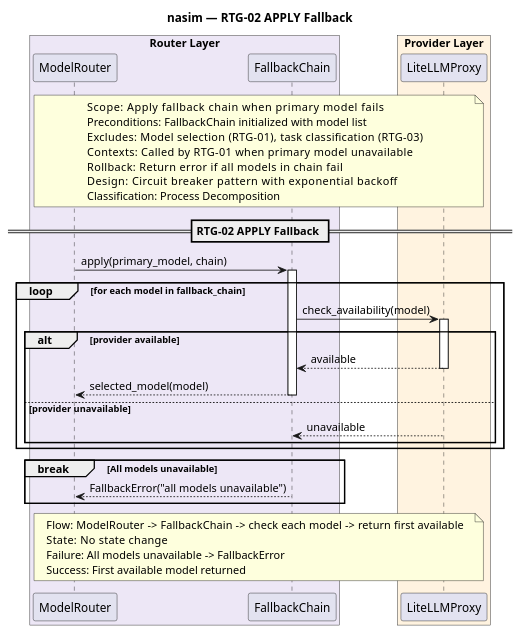
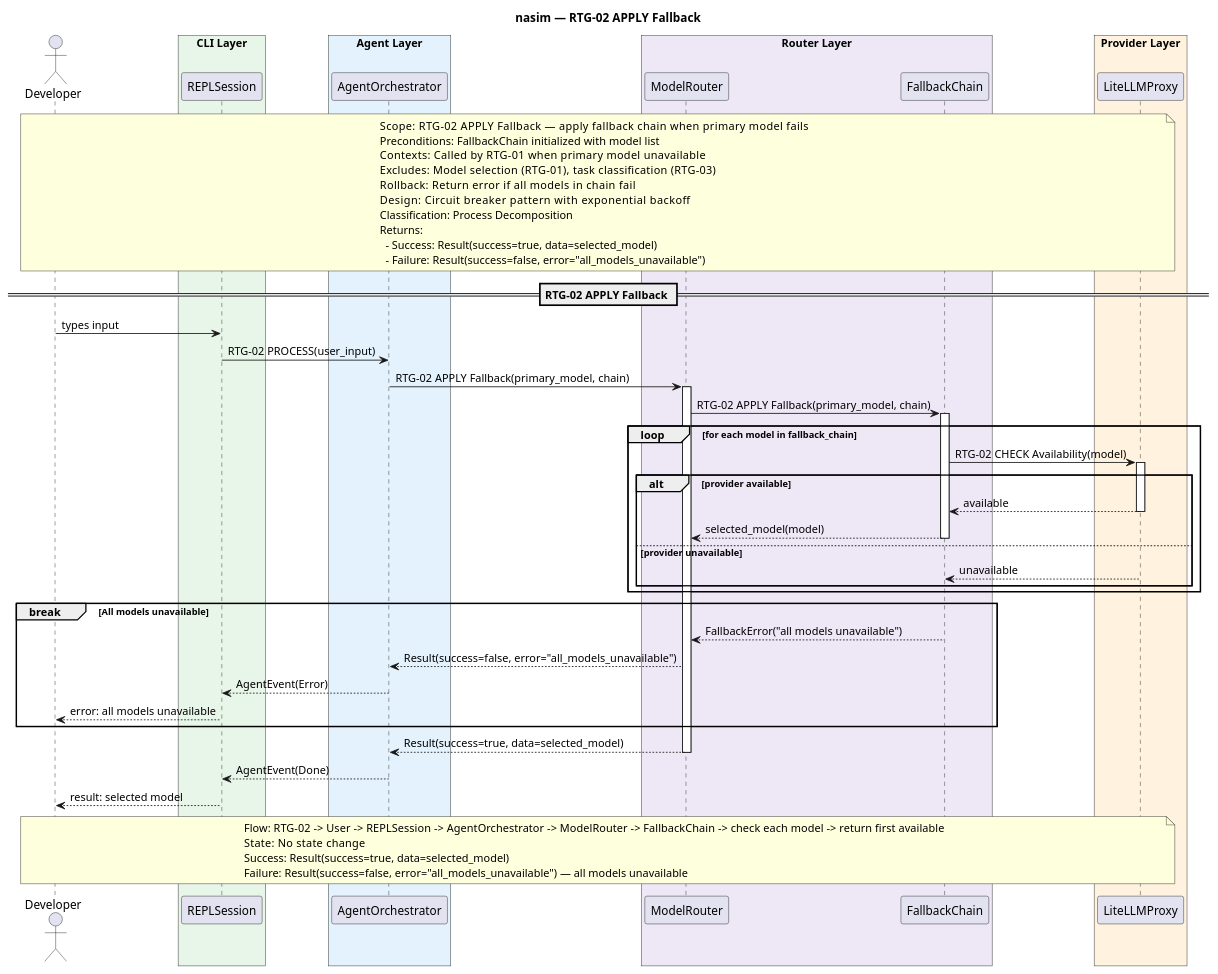
The diagram in docs/SQ/RTG/sq_rtg02_apply_fallback.puml (salimnamvar/nasim), drawn with PlantUML before and after one commit. The commit also changed 148 other files, not shown here.

```diff
--- a/docs/SQ/RTG/sq_rtg02_apply_fallback.puml
+++ b/docs/SQ/RTG/sq_rtg02_apply_fallback.puml
@@ -1,63 +1,89 @@
 @startuml sq_rtg02_apply_fallback
 ' ============================================================
 ' Title:     RTG-02 — APPLY Fallback
 ' Boundary:  nasim code agent
 ' Purpose:   Apply fallback chain when primary model fails
 ' Milestone: v1.0
-' Version:   2.0.0
+' Version:   3.0.0
 ' Source:    docs/UC/README.md
 ' Review:    docs/SQ/README.md
 ' ============================================================
 
 title nasim — RTG-02 APPLY Fallback
 
+actor "Developer" as user
+
+box "CLI Layer" #E8F5E9
+  participant "REPLSession" as repl
+end box
+box "Agent Layer" #E3F2FD
+  participant "AgentOrchestrator" as agent
+end box
 box "Router Layer" #EDE7F6
   participant "ModelRouter" as router
   participant "FallbackChain" as fallback
 end box
 box "Provider Layer" #FFF3E0
   participant "LiteLLMProxy" as provider
 end box
 
-note over router, provider
-  Scope:          Apply fallback chain when primary model fails
+note over user, provider
+  Scope:          RTG-02 APPLY Fallback — apply fallback chain when primary model fails
   Preconditions:  FallbackChain initialized with model list
+  Contexts:       Called by RTG-01 when primary model unavailable
   Excludes:       Model selection (RTG-01), task classification (RTG-03)
-  Contexts:       Called by RTG-01 when primary model unavailable
   Rollback:       Return error if all models in chain fail
   Design:         Circuit breaker pattern with exponential backoff
   Classification: Process Decomposition
+  Returns:
+    - Success: Result(success=true, data=selected_model)
+    - Failure: Result(success=false, error="all_models_unavailable")
 end note
 
 == RTG-02 APPLY Fallback ==
 
-router -> fallback : apply(primary_model, chain)
+user -> repl : types input
+repl -> agent : RTG-02 PROCESS(user_input)
+
+agent -> router : RTG-02 APPLY Fallback(primary_model, chain)
+activate router
+
+router -> fallback : RTG-02 APPLY Fallback(primary_model, chain)
 activate fallback
 
 loop for each model in fallback_chain
-    fallback -> provider : check_availability(model)
+    fallback -> provider : RTG-02 CHECK Availability(model)
     activate provider
 
     alt provider available
         provider --> fallback : available
         deactivate provider
         fallback --> router : selected_model(model)
         deactivate fallback
     else provider unavailable
         provider --> fallback : unavailable
         deactivate provider
     end
 end
 
 break All models unavailable
     fallback --> router : FallbackError("all models unavailable")
+    router --> agent : Result(success=false, error="all_models_unavailable")
+    agent --> repl : AgentEvent(Error)
+    repl --> user : error: all models unavailable
 end
 
-note over router, provider
-  Flow:    ModelRouter -> FallbackChain -> check each model -> return first available
+router --> agent : Result(success=true, data=selected_model)
+deactivate router
+
+agent --> repl : AgentEvent(Done)
+repl --> user : result: selected model
+
+note over user, provider
+  Flow:    RTG-02 -> User -> REPLSession -> AgentOrchestrator -> ModelRouter -> FallbackChain -> check each model -> return first available
   State:   No state change
-  Failure: All models unavailable -> FallbackError
-  Success: First available model returned
+  Success: Result(success=true, data=selected_model)
+  Failure: Result(success=false, error="all_models_unavailable") — all models unavailable
 end note
 
 @enduml
```
